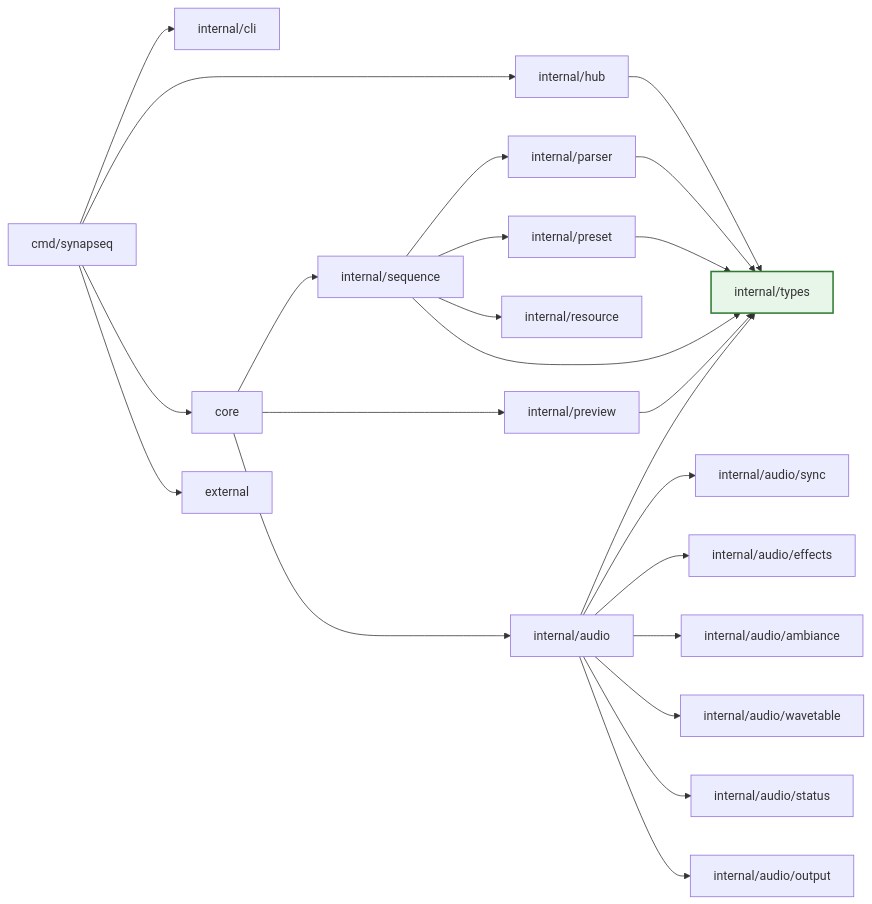
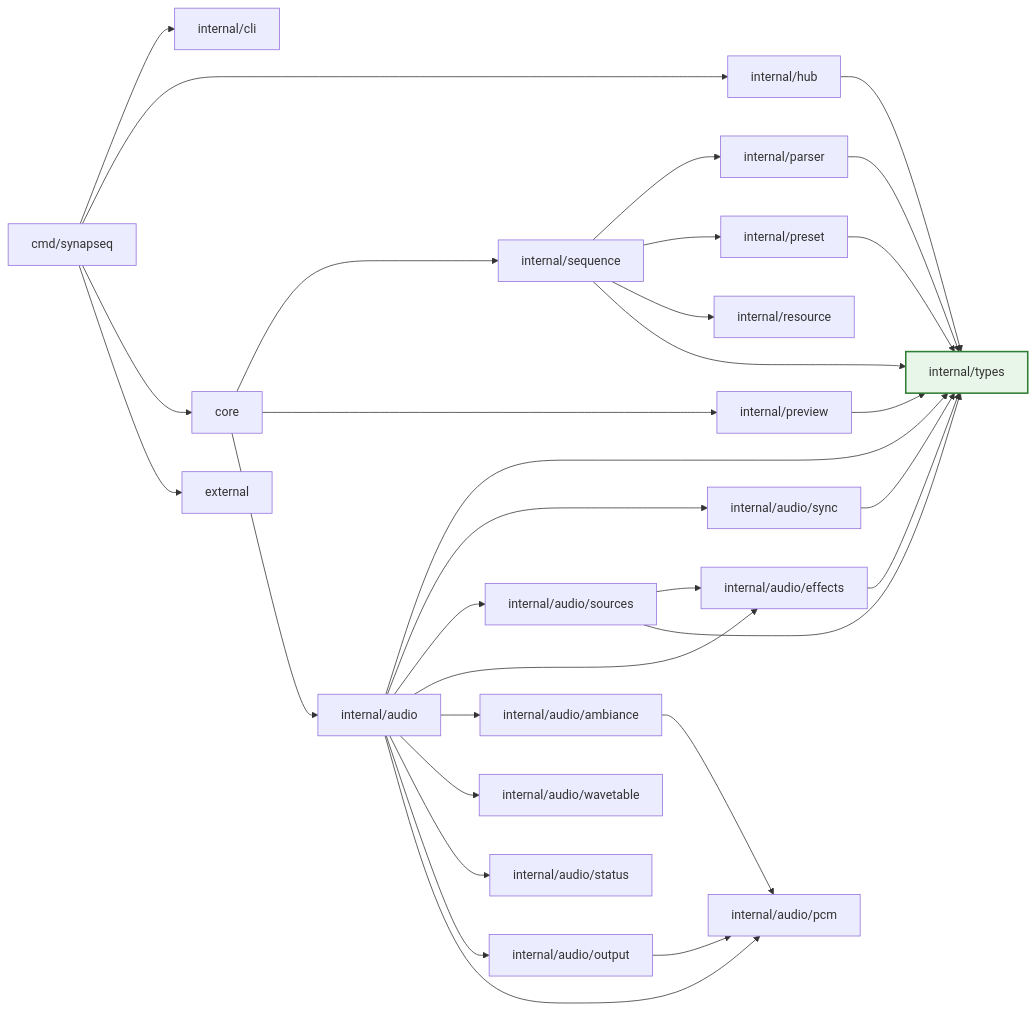
One commit to synapseq-foundation/synapseq changed the second of 5 diagrams in ARCHITECTURE.md. Above: the diagram before and after it, drawn with Mermaid. The commit also changed other lines of this file, not shown here.

Commit message:
docs: update audio flow architecture with new sources and mixing logic

````diff
--- a/ARCHITECTURE.md
+++ b/ARCHITECTURE.md
@@ -172,33 +172,42 @@
 ```mermaid
 flowchart LR
 	CMD[cmd/synapseq] --> CLI[internal/cli]
 	CMD --> HUB[internal/hub]
 	CMD --> CORE[core]
 	CMD --> EXT[external]
 
 	CORE --> SEQ[internal/sequence]
 	CORE --> PREVIEW[internal/preview]
 	CORE --> AUDIO[internal/audio]
 
 	SEQ --> PARSER[internal/parser]
 	SEQ --> PRESET[internal/preset]
 	SEQ --> RESOURCE[internal/resource]
 	SEQ --> TYPES[internal/types]
 
 	PARSER --> TYPES
 	PRESET --> TYPES
 	PREVIEW --> TYPES
 	AUDIO --> TYPES
 	HUB --> TYPES
 
 	AUDIO --> SYNC[internal/audio/sync]
+	AUDIO --> SOURCES[internal/audio/sources]
 	AUDIO --> EFFECTS[internal/audio/effects]
 	AUDIO --> AMB[internal/audio/ambiance]
 	AUDIO --> WAVETABLE[internal/audio/wavetable]
 	AUDIO --> STATUS[internal/audio/status]
 	AUDIO --> OUTPUT[internal/audio/output]
+	AUDIO --> PCM[internal/audio/pcm]
+
+	OUTPUT --> PCM
+	SOURCES --> EFFECTS
+	SOURCES --> TYPES
+	EFFECTS --> TYPES
+	SYNC --> TYPES
+	AMB --> PCM
 
 	TYPES:::leaf
 
 	classDef leaf fill:#e8f5e9,stroke:#2e7d32,stroke-width:2px;
 ```
````
